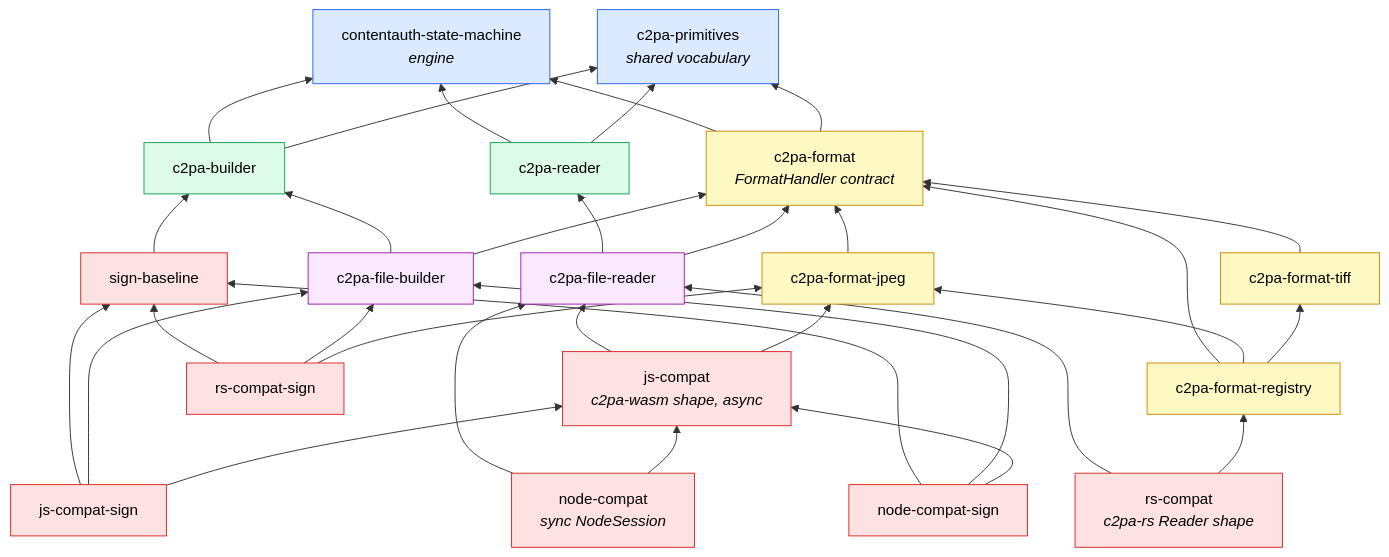
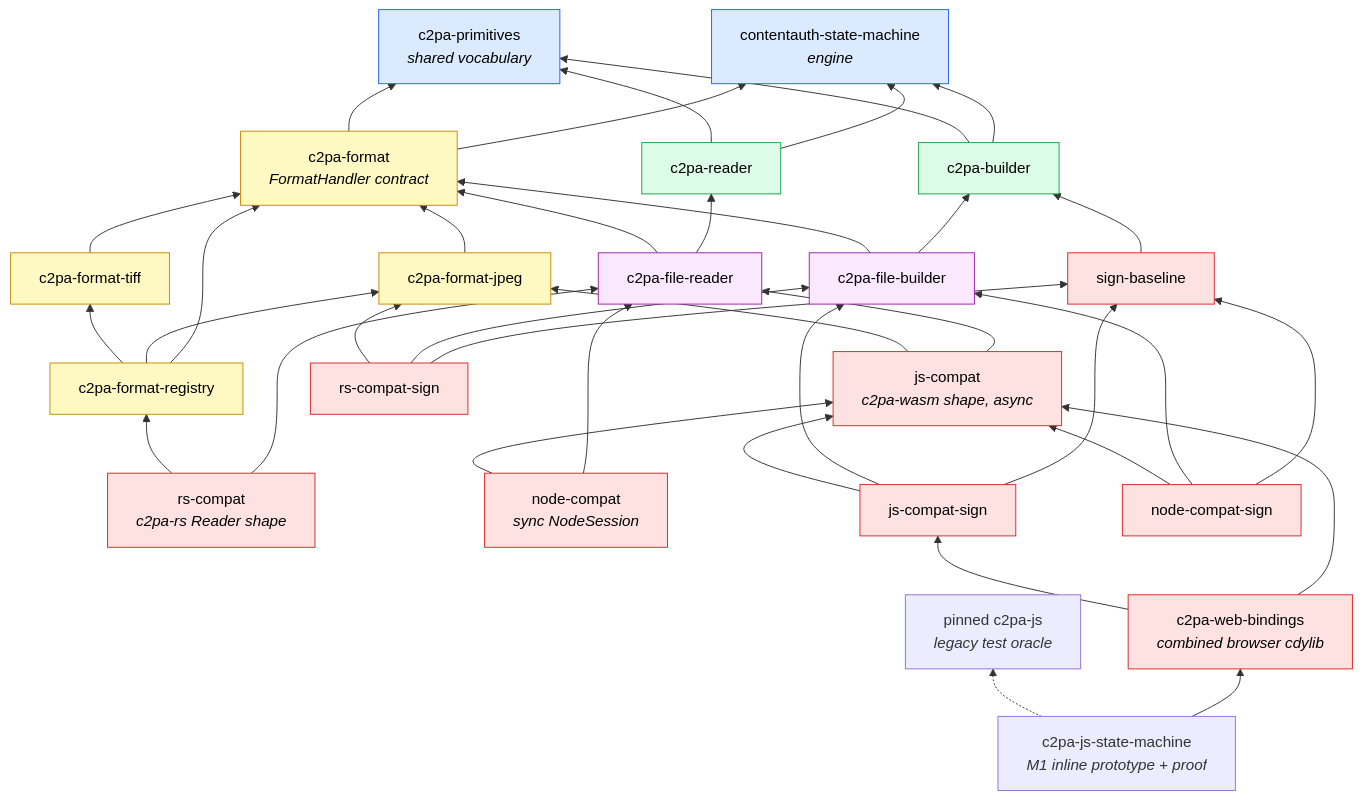
One commit to scouten/state-machine-experiment changed the first of 2 diagrams in docs/walkthrough/02-architecture.md. Above: the diagram before and after it, drawn with Mermaid. The commit also changed other lines of this file and 35 other files, not shown here.

````diff
--- a/docs/walkthrough/02-architecture.md
+++ b/docs/walkthrough/02-architecture.md
@@ -11,52 +12,58 @@
 ```mermaid
 flowchart BT
     SM["contentauth-state-machine<br/><i>engine</i>"]
     PR["c2pa-primitives<br/><i>shared vocabulary</i>"]
 
     RD["c2pa-reader"]
     BD["c2pa-builder"]
     FM["c2pa-format<br/><i>FormatHandler contract</i>"]
 
     JP["c2pa-format-jpeg"]
     TF["c2pa-format-tiff"]
     RG["c2pa-format-registry"]
 
     FR["c2pa-file-reader"]
     FB["c2pa-file-builder"]
 
     RSC["rs-compat<br/><i>c2pa-rs Reader shape</i>"]
     JSC["js-compat<br/><i>c2pa-wasm shape, async</i>"]
     NDC["node-compat<br/><i>sync NodeSession</i>"]
 
     SB["sign-baseline"]
     RSS["rs-compat-sign"]
     JSS["js-compat-sign"]
     NDS["node-compat-sign"]
+    WEB["c2pa-web-bindings<br/><i>combined browser cdylib</i>"]
+    JSP["c2pa-js-state-machine<br/><i>M1 inline prototype + proof</i>"]
+    ORC["pinned c2pa-js<br/><i>legacy test oracle</i>"]
 
     RD --> SM & PR
     BD --> SM & PR
     FM --> SM & PR
     JP --> FM
     TF --> FM
     RG --> FM & JP & TF
     FR --> RD & FM
     FB --> BD & FM
     RSC --> FR & RG
     JSC --> FR & JP
     NDC --> FR & JSC
     SB --> BD
     RSS --> SB & FB & JP
     JSS --> SB & FB & JSC
     NDS --> SB & FB & JSC
+    WEB --> JSC & JSS
+    JSP --> WEB
+    JSP -.-> ORC
 
     classDef engine fill:#dbeafe,stroke:#2563eb,color:#000
     classDef core fill:#dcfce7,stroke:#16a34a,color:#000
     classDef fmt fill:#fef9c3,stroke:#ca8a04,color:#000
     classDef glue fill:#fae8ff,stroke:#a21caf,color:#000
     classDef bind fill:#fee2e2,stroke:#dc2626,color:#000
     class SM,PR engine
     class RD,BD core
     class FM,JP,TF,RG fmt
     class FR,FB glue
-    class RSC,JSC,NDC,SB,RSS,JSS,NDS bind
+    class RSC,JSC,NDC,SB,RSS,JSS,NDS,WEB bind
 ```
````
